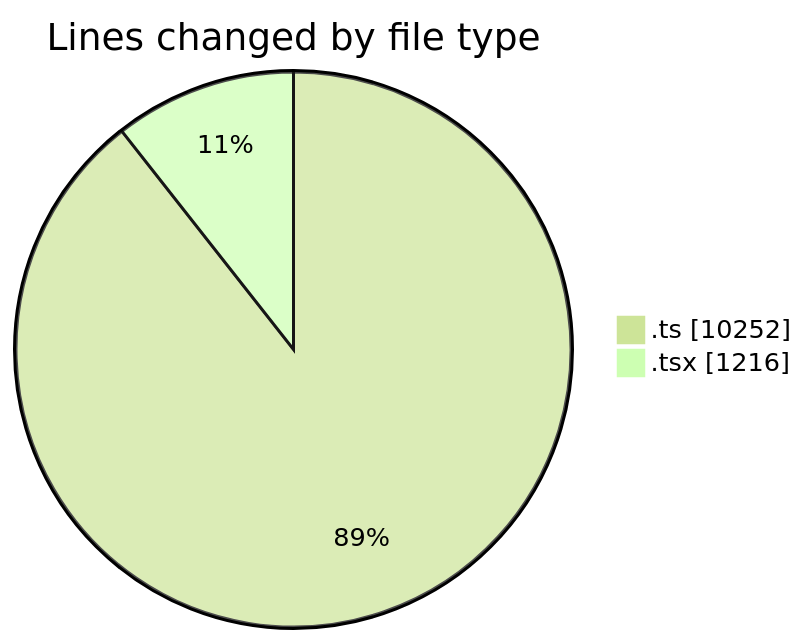
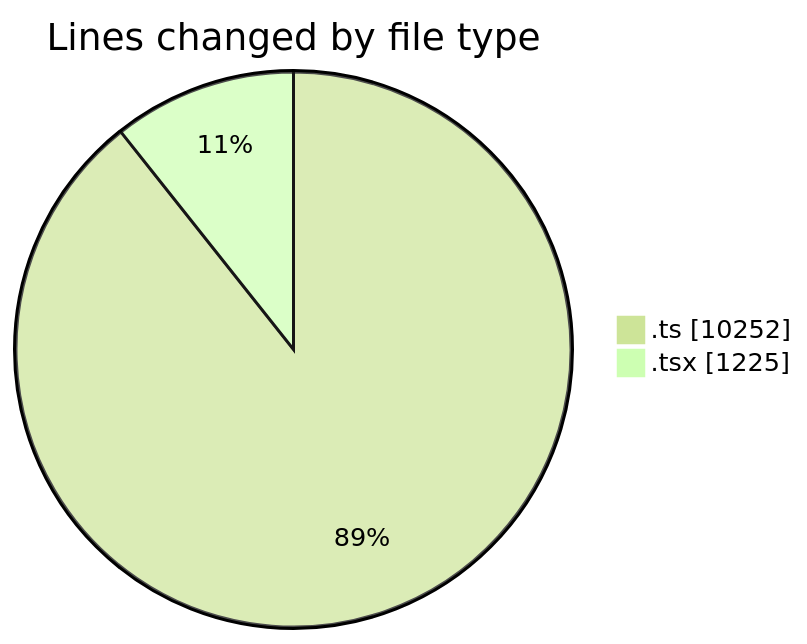
One commit to momahboobian/code-tracking changed the first of 2 diagrams in 2025-06-23/cda/README.md. Above: the diagram before and after it, drawn with Mermaid (forest theme). The commit also changed other lines of this file and 1 other file, not shown here.

````diff
--- a/2025-06-23/cda/README.md
+++ b/2025-06-23/cda/README.md
@@ -27,6 +27,6 @@
 ```mermaid
 pie showData
 title Lines changed by file type
 ".ts" : 10252
-".tsx" : 1216
+".tsx" : 1225
 ```
````
